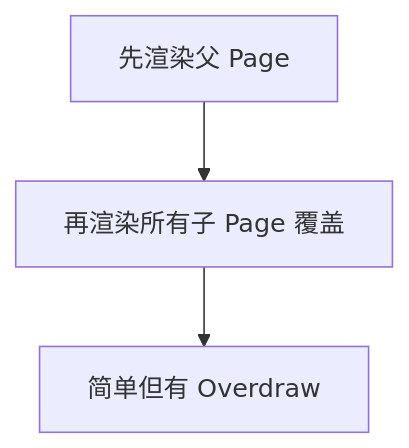
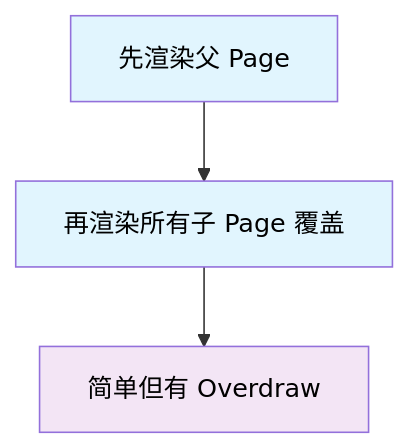
Before and after one commit to mr0ptimist/mroptimist.github.io: the tenth of 21 diagrams in content/posts/UE5_Virtual_Texture_与_Runtime_Virtual_Texture_源码级全流程解析.md, drawn with Mermaid. The commit also changed other lines of this file and 2 other files, not shown here.

First line of the commit message:
Mermaid 图表 Dark Reader 兼容：所有 flowchart 加 classDef 配色 + 文字强制黑色

````diff
--- a/content/posts/UE5_Virtual_Texture_与_Runtime_Virtual_Texture_源码级全流程解析.md
+++ b/content/posts/UE5_Virtual_Texture_与_Runtime_Virtual_Texture_源码级全流程解析.md
@@ -458,5 +525,10 @@
 ```mermaid
 flowchart TD
     A["先渲染父 Page"] --> B["再渲染所有子 Page 覆盖"]
     B --> C["简单但有 Overdraw"]
+
+    classDef proc fill:#e1f5fe,color:#000
+    classDef out fill:#f3e5f5,color:#000
+    class A,B proc
+    class C out
 ```
````
